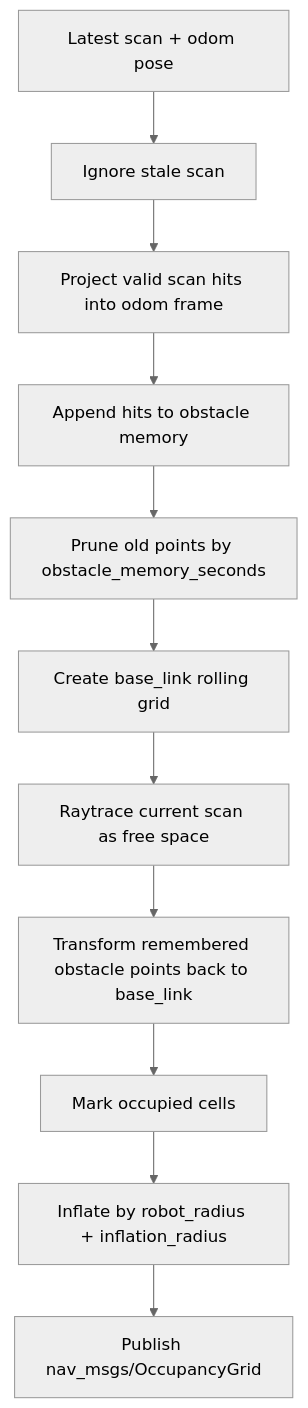
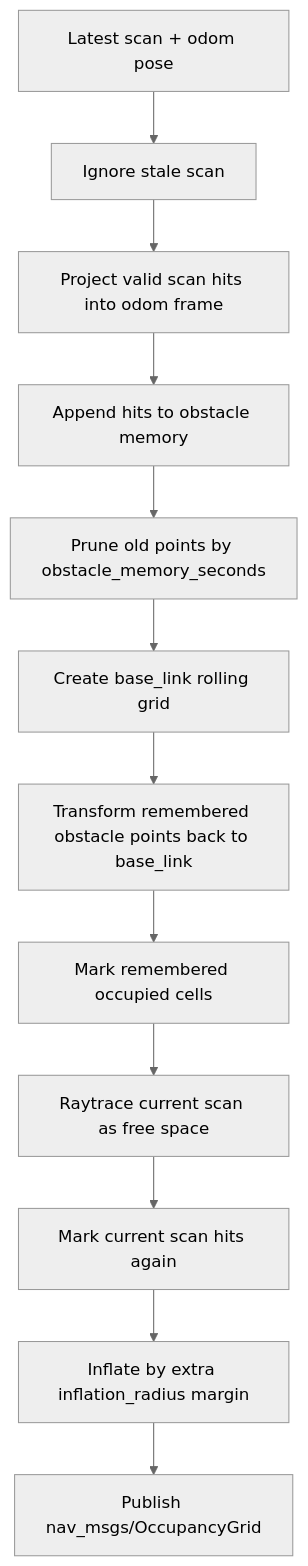
One commit to jhongno01/ROS2_Courses changed the second of 3 diagrams in src/turtlebot_autonomous_costmap_drive/Flow.md. Above: the diagram before and after it, drawn with Mermaid (neutral theme). The commit also changed other lines of this file and 3 other files, not shown here.

Commit message:
Debug "costmap_drive" double usage of robot radius

````diff
--- a/src/turtlebot_autonomous_costmap_drive/Flow.md
+++ b/src/turtlebot_autonomous_costmap_drive/Flow.md
@@ -56,13 +56,14 @@
 ```mermaid
 flowchart TD
     A["Latest scan + odom pose"] --> B["Ignore stale scan"]
     B --> C["Project valid scan hits into odom frame"]
     C --> D["Append hits to obstacle memory"]
     D --> E["Prune old points by obstacle_memory_seconds"]
     E --> F["Create base_link rolling grid"]
-    F --> G["Raytrace current scan as free space"]
-    G --> H["Transform remembered obstacle points back to base_link"]
-    H --> I["Mark occupied cells"]
-    I --> J["Inflate by robot_radius + inflation_radius"]
-    J --> K["Publish nav_msgs/OccupancyGrid"]
+    F --> G["Transform remembered obstacle points back to base_link"]
+    G --> H["Mark remembered occupied cells"]
+    H --> I["Raytrace current scan as free space"]
+    I --> J["Mark current scan hits again"]
+    J --> K["Inflate by extra inflation_radius margin"]
+    K --> L["Publish nav_msgs/OccupancyGrid"]
 ```
````
